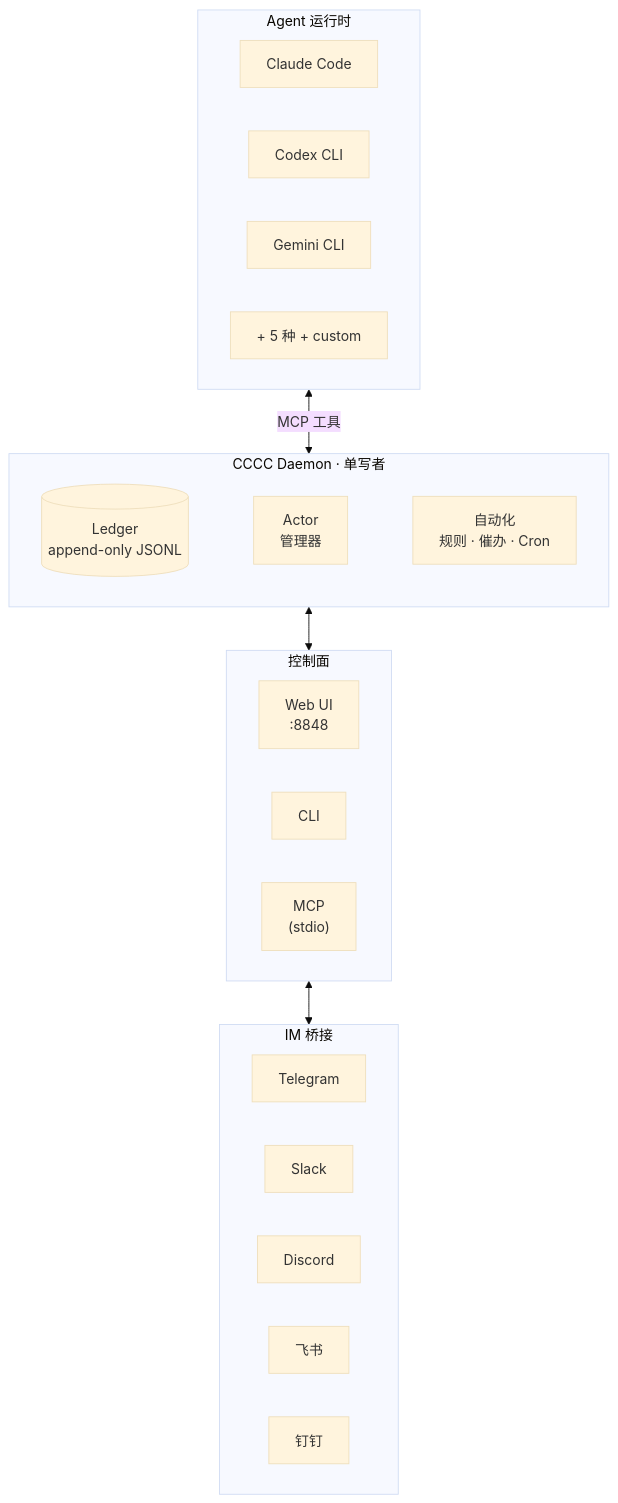
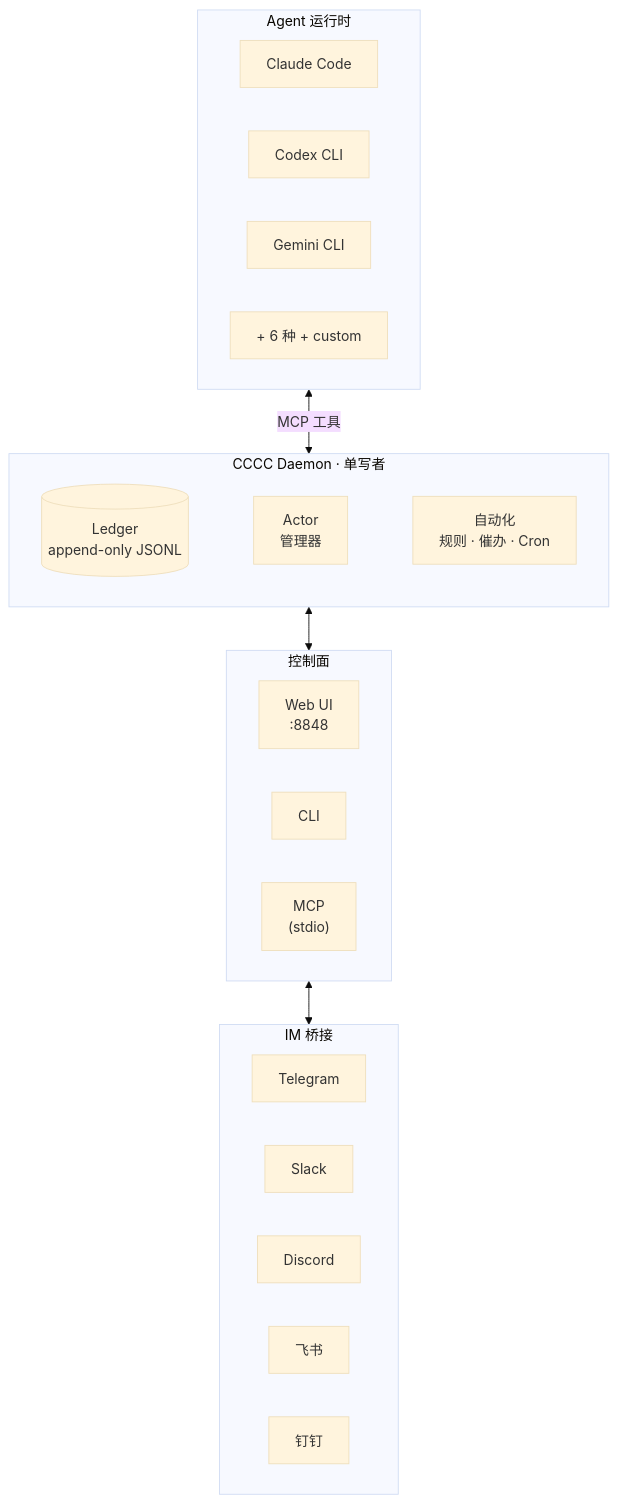
The diagram in README.zh-CN.md (wayblink/cccc), drawn with Mermaid (base theme) before and after one commit. The commit also changed other lines of this file and 6 other files, not shown here.

````diff
--- a/README.zh-CN.md
+++ b/README.zh-CN.md
@@ -129,39 +128,39 @@
 ```mermaid
 graph TB
     subgraph Agents["Agent 运行时"]
         direction LR
         A1["Claude Code"]
         A2["Codex CLI"]
         A3["Gemini CLI"]
-        A4["+ 5 种 + custom"]
+        A4["+ 6 种 + custom"]
     end
 
     subgraph Daemon["CCCC Daemon · 单写者"]
         direction LR
         Ledger[("Ledger<br/>append-only JSONL")]
         ActorMgr["Actor<br/>管理器"]
         Auto["自动化<br/>规则 · 催办 · Cron"]
         Ledger ~~~ ActorMgr ~~~ Auto
     end
 
     subgraph Ports["控制面"]
         direction LR
         Web["Web UI<br/>:8848"]
         CLI["CLI"]
         MCP["MCP<br/>(stdio)"]
     end
 
     subgraph IM["IM 桥接"]
         direction LR
         TG["Telegram"]
         SL["Slack"]
         DC["Discord"]
         FS["飞书"]
         DT["钉钉"]
     end
 
     Agents <-->|MCP 工具| Daemon
     Daemon <--> Ports
     Web <--> IM
 
 ```
````
